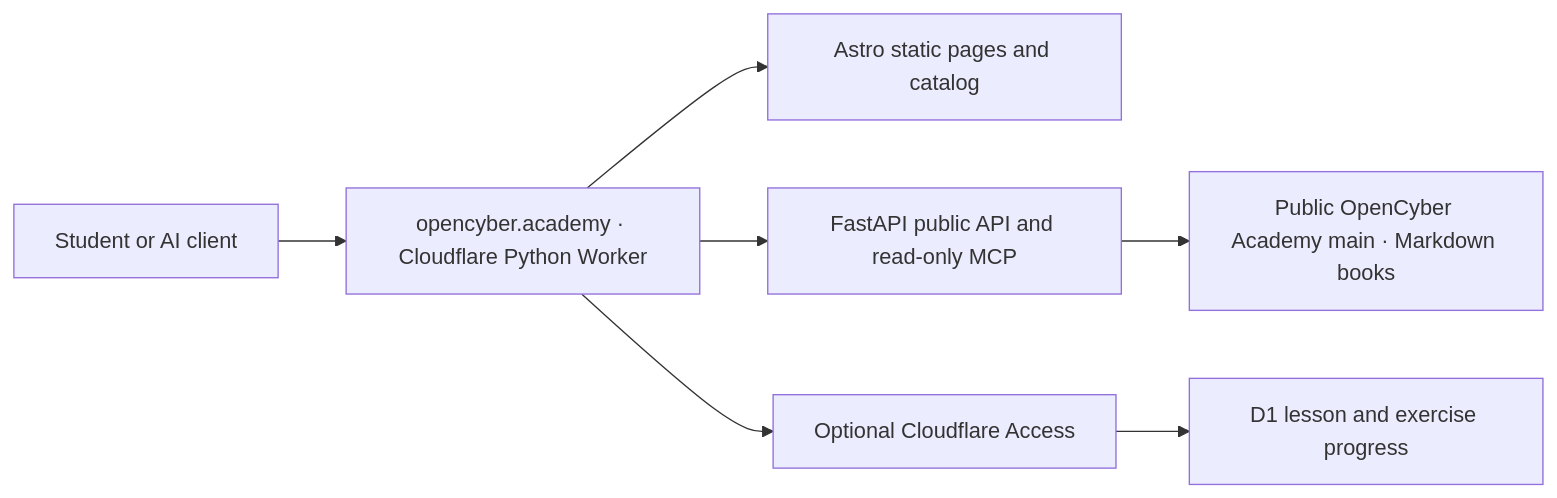
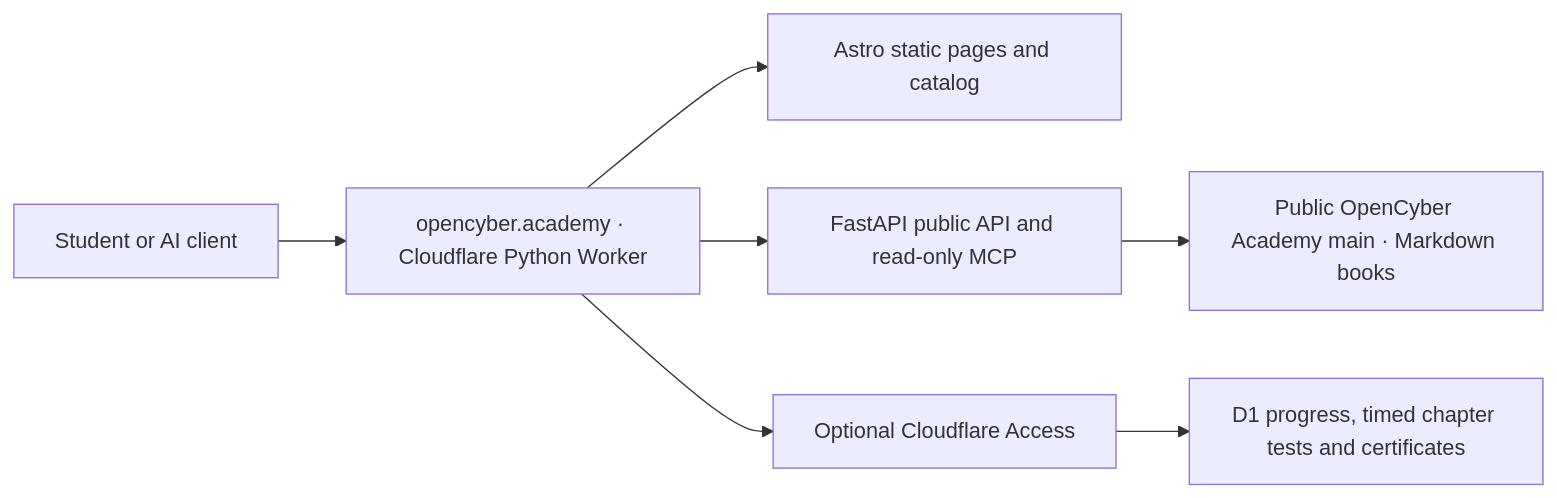
One commit to hiagokinlevi/CyKin changed the diagram in web/README.md. Above: the diagram before and after it, drawn with Mermaid. The commit also changed other lines of this file and 23 other files, not shown here.

Commit message:
Add Cloudflare-backed chapter tests and gated certificates

````diff
--- a/web/README.md
+++ b/web/README.md
@@ -7,9 +7,9 @@
 ```mermaid
 flowchart LR
     Reader[Student or AI client] --> Worker[opencyber.academy · Cloudflare Python Worker]
     Worker --> Assets[Astro static pages and catalog]
     Worker --> API[FastAPI public API and read-only MCP]
     API --> Books[Public OpenCyber Academy main · Markdown books]
     Worker --> Access[Optional Cloudflare Access]
-    Access --> D1[D1 lesson and exercise progress]
+    Access --> D1[D1 progress, timed chapter tests and certificates]
 ```
````
